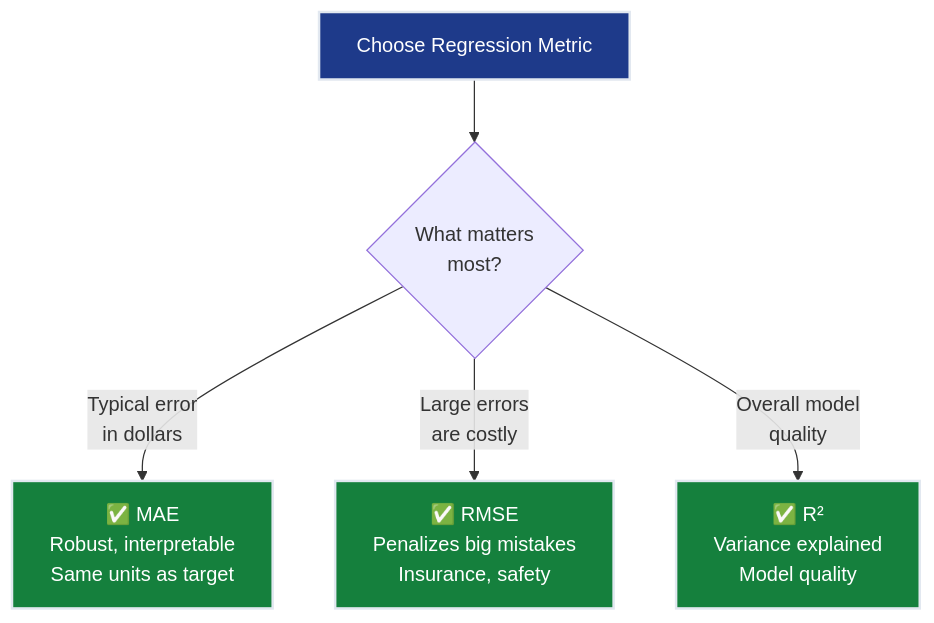
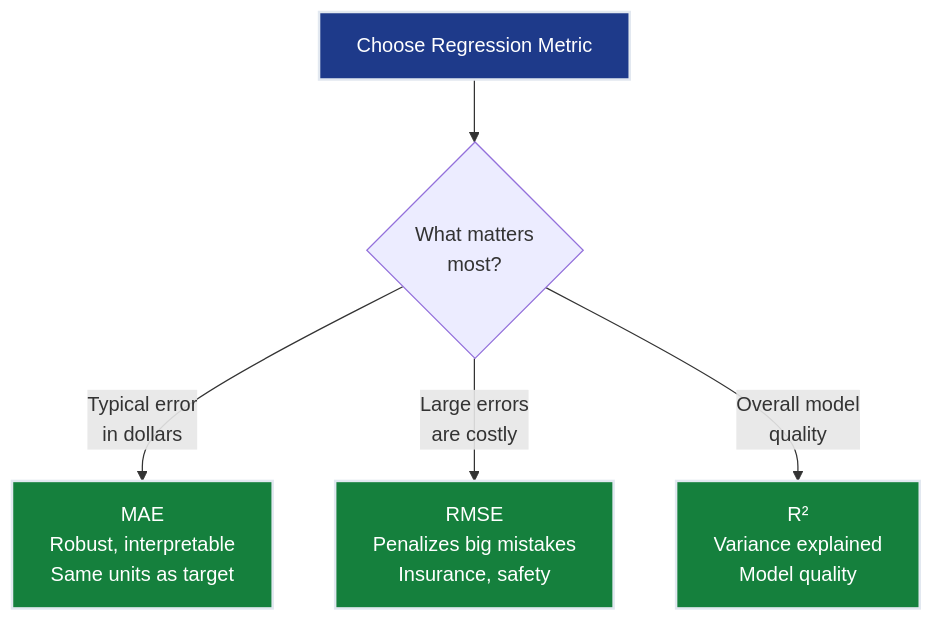
The second of 6 diagrams in notes/01-ml/01-regression/ch06_metrics/README.md (dsgouda7/ai-portfolio), drawn with Mermaid before and after one commit. The commit also changed other lines of this file and 179 other files, not shown here.

````diff
--- a/notes/01-ml/01-regression/ch06_metrics/README.md
+++ b/notes/01-ml/01-regression/ch06_metrics/README.md
@@ -163,13 +162,13 @@
 ```mermaid
 flowchart TD
-    START["Choose Regression Metric"] --> Q1{"What matters<br/>most?"}
+ START["Choose Regression Metric"] --> Q1{"What matters<br/>most?"}
 
-    Q1 -->|"Typical error<br/>in dollars"| MAE["✅ MAE<br/>Robust, interpretable<br/>Same units as target"]
-    Q1 -->|"Large errors<br/>are costly"| RMSE["✅ RMSE<br/>Penalizes big mistakes<br/>Insurance, safety"]
-    Q1 -->|"Overall model<br/>quality"| R2["✅ R²<br/>Variance explained<br/>Model quality"]
+ Q1 -->|"Typical error<br/>in dollars"| MAE[" MAE<br/>Robust, interpretable<br/>Same units as target"]
+ Q1 -->|"Large errors<br/>are costly"| RMSE[" RMSE<br/>Penalizes big mistakes<br/>Insurance, safety"]
+ Q1 -->|"Overall model<br/>quality"| R2[" R²<br/>Variance explained<br/>Model quality"]
 
-    style START fill:#1e3a8a,stroke:#e2e8f0,stroke-width:2px,color:#ffffff
-    style MAE fill:#15803d,stroke:#e2e8f0,stroke-width:2px,color:#ffffff
-    style RMSE fill:#15803d,stroke:#e2e8f0,stroke-width:2px,color:#ffffff
-    style R2 fill:#15803d,stroke:#e2e8f0,stroke-width:2px,color:#ffffff
+ style START fill:#1e3a8a,stroke:#e2e8f0,stroke-width:2px,color:#ffffff
+ style MAE fill:#15803d,stroke:#e2e8f0,stroke-width:2px,color:#ffffff
+ style RMSE fill:#15803d,stroke:#e2e8f0,stroke-width:2px,color:#ffffff
+ style R2 fill:#15803d,stroke:#e2e8f0,stroke-width:2px,color:#ffffff
 ```
````
